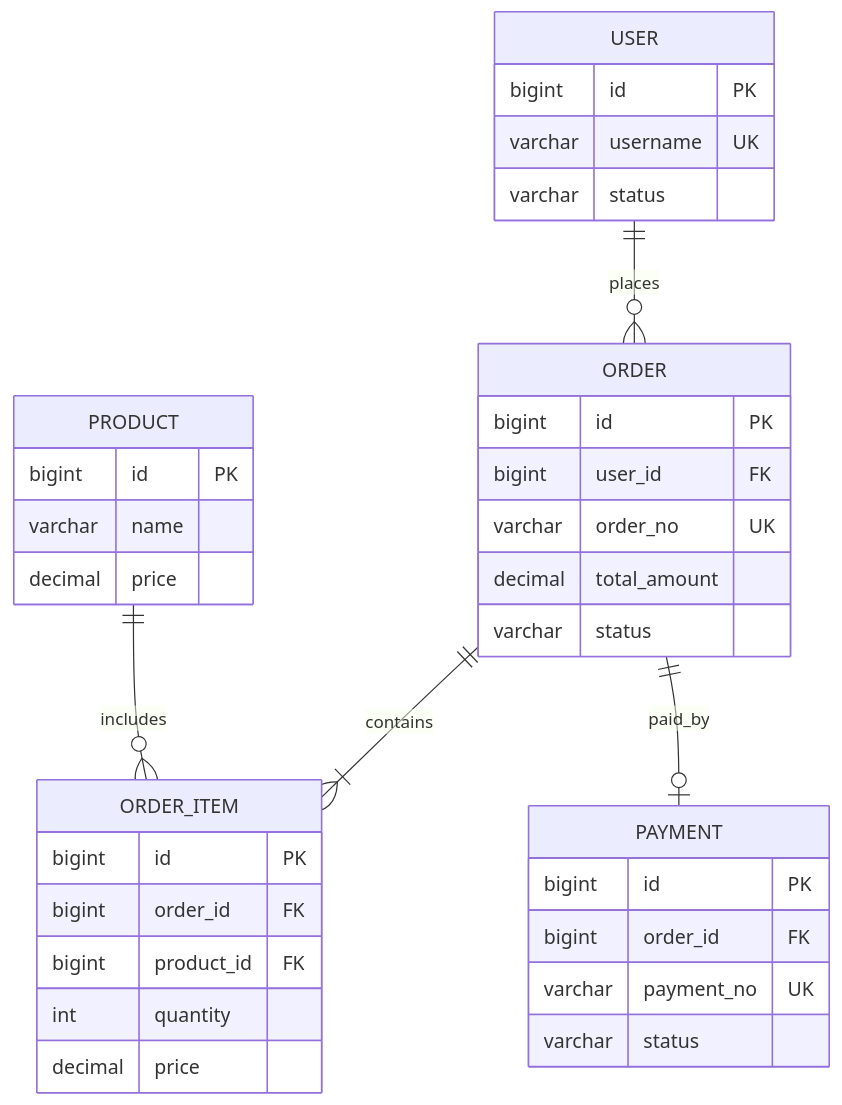
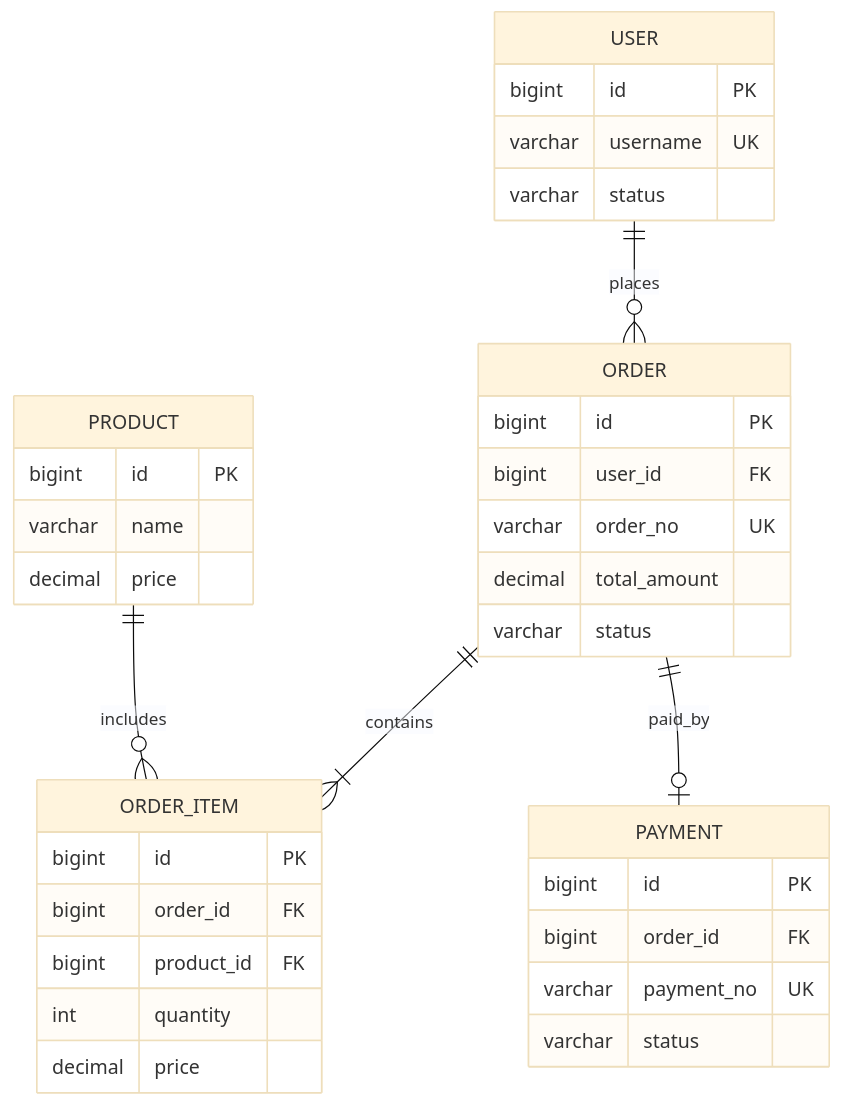
Before and after one commit to 1byteone/interview-note: the tenth of 16 diagrams in _assets/mermaid.md, drawn with Mermaid. The commit also changed other lines of this file and 5 other files, not shown here.

First line of the commit message:
style(mermaid): 统一 Mermaid 专业样式体系与语义规范

````diff
--- a/_assets/mermaid.md
+++ b/_assets/mermaid.md
@@ -209,38 +402,39 @@
 ```mermaid
+%%{init: {"theme":"base"}}%%
 erDiagram
     USER ||--o{ ORDER : places
     ORDER ||--|{ ORDER_ITEM : contains
     ORDER ||--o| PAYMENT : paid_by
     PRODUCT ||--o{ ORDER_ITEM : includes
 
     USER {
         bigint id PK
         varchar username UK
         varchar status
     }
     ORDER {
         bigint id PK
         bigint user_id FK
         varchar order_no UK
         decimal total_amount
         varchar status
     }
     ORDER_ITEM {
         bigint id PK
         bigint order_id FK
         bigint product_id FK
         int quantity
         decimal price
     }
     PAYMENT {
         bigint id PK
         bigint order_id FK
         varchar payment_no UK
         varchar status
     }
     PRODUCT {
         bigint id PK
         varchar name
         decimal price
     }
 ```
````
